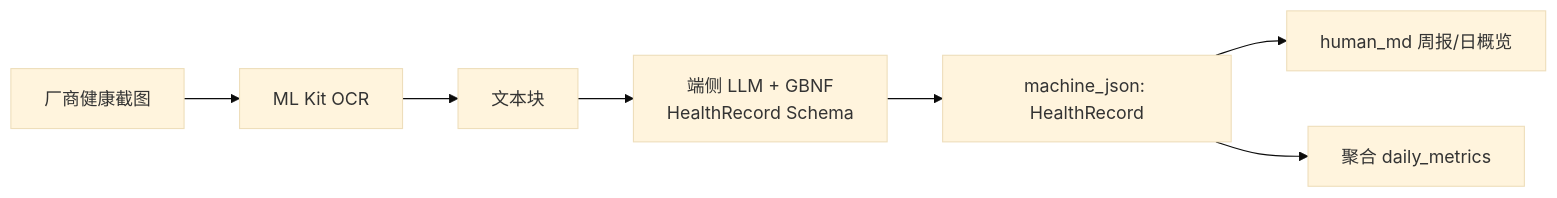
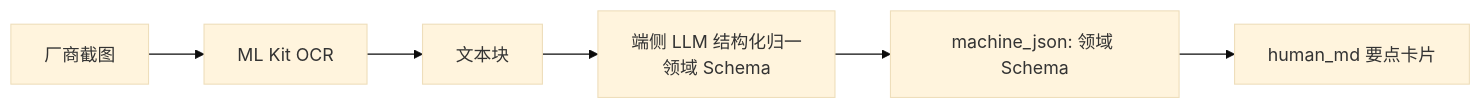
One commit to loveheng/goodshare changed the second of 2 diagrams in docs/product/v2-requirements.md. Above: the diagram before and after it, drawn with Mermaid (base theme). The commit also changed other lines of this file and 6 other files, not shown here.

````diff
--- a/docs/product/v2-requirements.md
+++ b/docs/product/v2-requirements.md
@@ -137,9 +133,8 @@
 ```mermaid
 flowchart LR
-    IMG[厂商健康截图] --> OCR[ML Kit OCR]
+    IMG[厂商截图] --> OCR[ML Kit OCR]
     OCR --> TXT[文本块]
-    TXT --> LLM[端侧 LLM + GBNF<br/>HealthRecord Schema]
-    LLM --> JSON[machine_json: HealthRecord]
-    JSON --> MD[human_md 周报/日概览]
-    JSON --> DM[聚合 daily_metrics]
+    TXT --> LLM[端侧 LLM 结构化归一<br/>领域 Schema]
+    LLM --> JSON[machine_json: 领域 Schema]
+    JSON --> MD[human_md 要点卡片]
 ```
````
